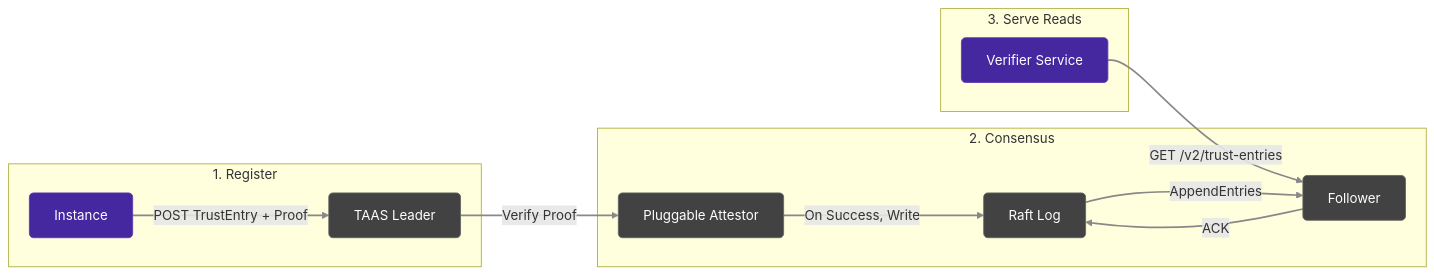
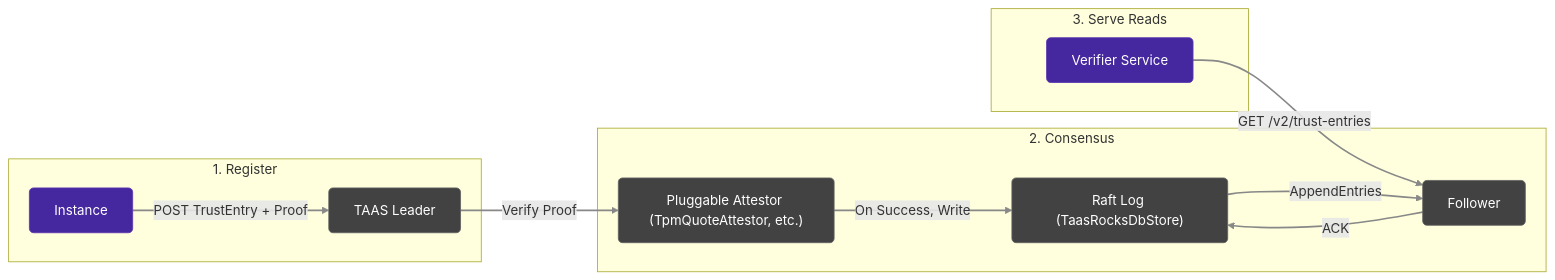
One commit to cyfko/veridot changed the second of 2 diagrams in docs/docs/architecture/taas-architecture.md. Above: the diagram before and after it, drawn with Mermaid. The commit also changed other lines of this file and 31 other files, not shown here.

Commit message:
docs: align documentation with Veridot V5 Zero-Trust architecture

````diff
--- a/docs/docs/architecture/taas-architecture.md
+++ b/docs/docs/architecture/taas-architecture.md
@@ -77,28 +77,28 @@
 ```mermaid
 flowchart LR
 
     %% Premium Theme
     linkStyle default stroke:#888888,stroke-width:2px;
     classDef default fill:#424242,stroke:#616161,stroke-width:1px,color:#fff,rx:5px,ry:5px;
     classDef service fill:#4527a0,stroke:#5e35b1,stroke-width:1px,color:#fff,rx:5px,ry:5px;
     classDef broker fill:#004d40,stroke:#00695c,stroke-width:1px,color:#fff,rx:5px,ry:5px;
     classDef db fill:#bf360c,stroke:#d84315,stroke-width:1px,color:#fff,rx:5px,ry:5px;
     classDef taas fill:#01579b,stroke:#0277bd,stroke-width:1px,color:#fff,rx:5px,ry:5px;
 
     subgraph "1. Register"
 A["Instance"] -->|"POST TrustEntry + Proof"| B["TAAS Leader"]
     end
 
     subgraph "2. Consensus"
-        B -->|"Verify Proof"| Att["Pluggable Attestor"]
-        Att -->|"On Success, Write"| C["Raft Log"]
+        B -->|"Verify Proof"| Att["Pluggable Attestor (TpmQuoteAttestor, etc.)"]
+        Att -->|"On Success, Write"| C["Raft Log (TaasRocksDbStore)"]
         C -->|"AppendEntries"| D["Follower"]
         D -->|"ACK"| C
     end
 
     subgraph "3. Serve Reads"
 E["Verifier Service"] -->|"GET /v2/trust-entries"| D
     end
     class A,E service;
 
 ```
````
